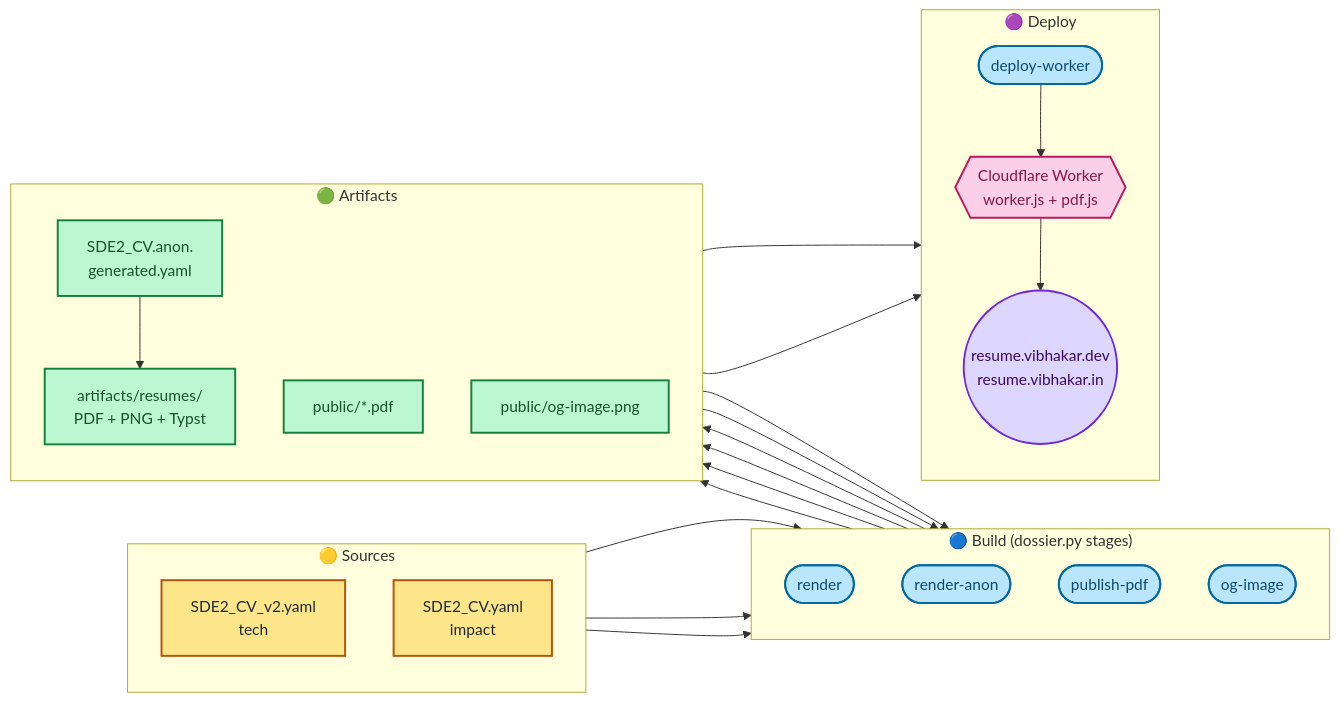
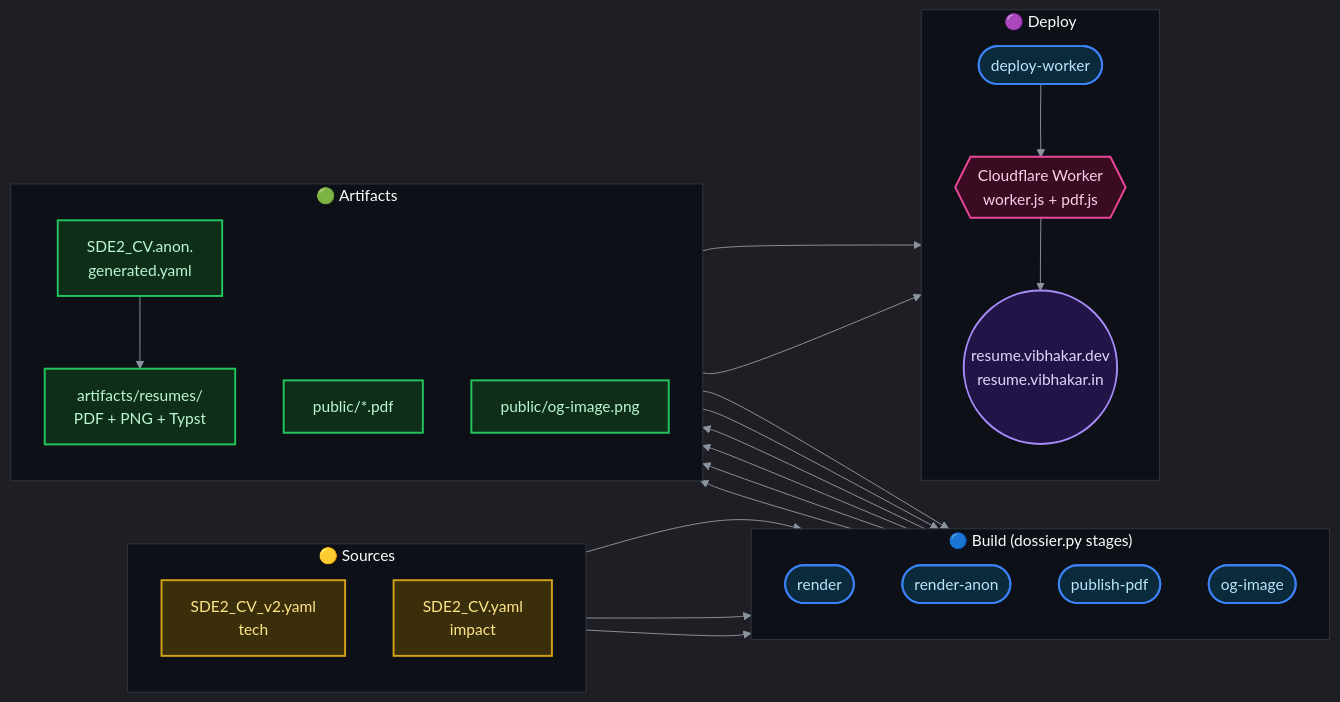
Before and after one commit to MagneticNeedle/Dossier: the diagram in README.md, drawn with Mermaid.

Commit message:
docs(readme): dark-theme the pipeline diagram
Add mermaid init block with GitHub-dark palette and switch node
classDefs to muted dark fills with bright borders.

````diff
--- a/README.md
+++ b/README.md
@@ -15,48 +15,58 @@
 ```mermaid
+%%{init: {'theme':'dark', 'themeVariables': {
+    'background':'#0d1117',
+    'primaryColor':'#161b22',
+    'primaryTextColor':'#e6edf3',
+    'primaryBorderColor':'#30363d',
+    'lineColor':'#8b949e',
+    'clusterBkg':'#0d1117',
+    'clusterBorder':'#30363d',
+    'fontFamily':'ui-monospace, SFMono-Regular, monospace'
+}}}%%
 flowchart LR
-    classDef source   fill:#fde68a,stroke:#b45309,stroke-width:2px,color:#1f2937
-    classDef stage    fill:#bae6fd,stroke:#0369a1,stroke-width:2px,color:#0c4a6e
-    classDef artifact fill:#bbf7d0,stroke:#15803d,stroke-width:2px,color:#14532d
-    classDef deploy   fill:#fbcfe8,stroke:#be185d,stroke-width:2px,color:#831843
-    classDef edge     fill:#ddd6fe,stroke:#6d28d9,stroke-width:2px,color:#3b0764
+    classDef source   fill:#3b2f0b,stroke:#d4a017,stroke-width:2px,color:#fde68a
+    classDef stage    fill:#0b2a3b,stroke:#3b82f6,stroke-width:2px,color:#bae6fd
+    classDef artifact fill:#0f2e1a,stroke:#22c55e,stroke-width:2px,color:#bbf7d0
+    classDef deploy   fill:#3b0b22,stroke:#ec4899,stroke-width:2px,color:#fbcfe8
+    classDef edge     fill:#231447,stroke:#a78bfa,stroke-width:2px,color:#ddd6fe
 
     subgraph SOURCES["🟡 Sources"]
         direction TB
         TECH[SDE2_CV_v2.yaml<br/>tech]:::source
         IMPACT[SDE2_CV.yaml<br/>impact]:::source
     end
 
     subgraph BUILD["🔵 Build (dossier.py stages)"]
         direction TB
         R([render]):::stage
         RA([render-anon]):::stage
         PP([publish-pdf]):::stage
         OG([og-image]):::stage
     end
 
     subgraph ARTIFACTS["🟢 Artifacts"]
         direction TB
         ANON[SDE2_CV.anon.<br/>generated.yaml]:::artifact
         PDFS[artifacts/resumes/<br/>PDF + PNG + Typst]:::artifact
         PUB[public/*.pdf]:::artifact
         OGIMG[public/og-image.png]:::artifact
     end
 
     subgraph DEPLOY["🟣 Deploy"]
         direction TB
         DW([deploy-worker]):::stage
         CF{{Cloudflare Worker<br/>worker.js + pdf.js}}:::deploy
         WEB((resume.vibhakar.dev<br/>resume.vibhakar.in)):::edge
     end
 
     TECH   --> R
     IMPACT --> R
     IMPACT --> RA
     RA     --> ANON --> PDFS
     R      --> PDFS
     PDFS   --> PP --> PUB
     PDFS   --> OG --> OGIMG
     PUB    --> DW
     OGIMG  --> DW
     DW     --> CF --> WEB
 ```
````
